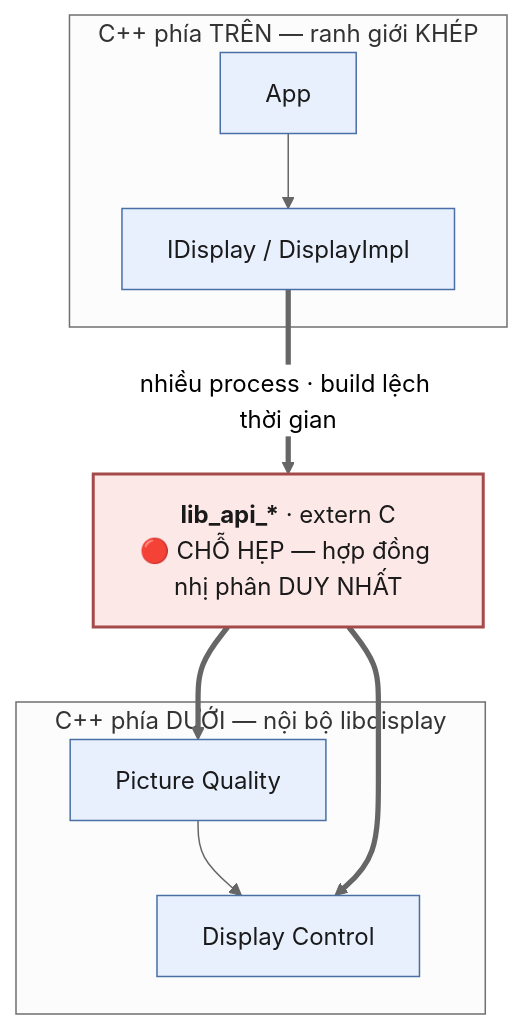
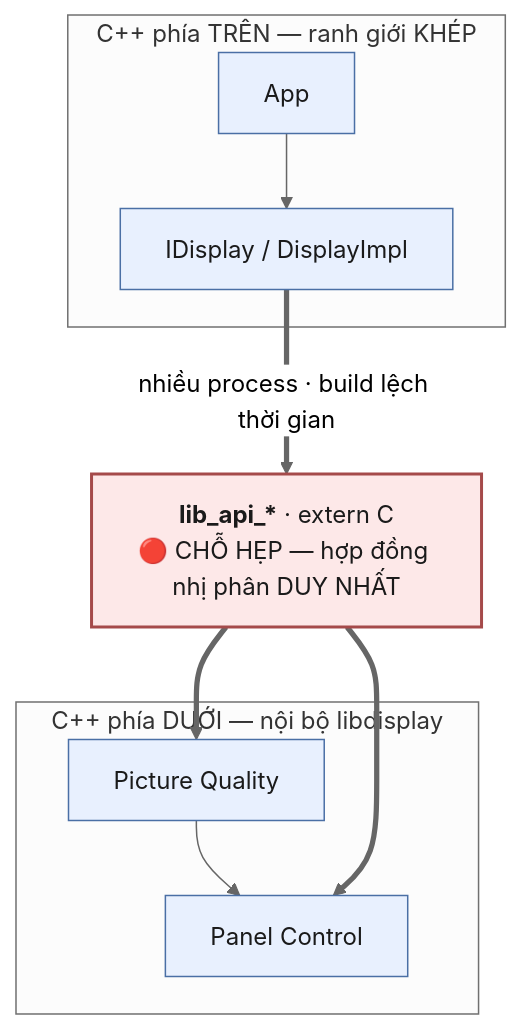
One commit to gia0901/Embedded-Knowledge changed the second of 5 diagrams in 11-design-patterns/in-practice/A1-baseline-libdisplay.md. Above: the diagram before and after it, drawn with Mermaid (neutral theme). The commit also changed other lines of this file and 21 other files, not shown here.

````diff
--- a/11-design-patterns/in-practice/A1-baseline-libdisplay.md
+++ b/11-design-patterns/in-practice/A1-baseline-libdisplay.md
@@ -102,20 +104,20 @@
 ```mermaid
 flowchart TD
     subgraph TREN["C++ phía TRÊN — ranh giới KHÉP"]
         A["App"] --> B["IDisplay / DisplayImpl"]
     end
     D["<b>lib_api_*</b> · extern C<br/>🔴 CHỖ HẸP — hợp đồng nhị phân DUY NHẤT"]
     subgraph DUOI["C++ phía DƯỚI — nội bộ libdisplay"]
         E["Picture Quality"]
-        G["Display Control"]
+        G["Panel Control"]
         E --> G
     end
     B ==>|"nhiều process · build lệch thời gian"| D
     D ==> E
     D ==> G
 
     classDef waist fill:#fde8e8,stroke:#a54a4a,stroke-width:2px,color:#1a1a1a
     classDef cpp   fill:#e8f0fe,stroke:#4a6fa5,color:#1a1a1a
     class D waist
     class A,B,E,G cpp
 ```
````
